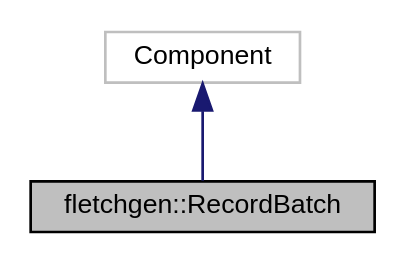
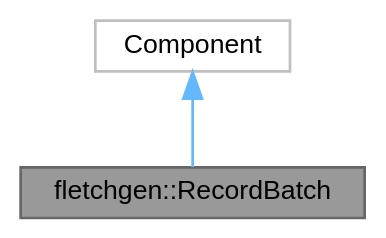
Before and after one commit to abs-tudelft/fletcher: the diagram in api/fletchgen/structfletchgen_1_1_record_batch__inherit__graph.dot, drawn with Graphviz. The commit also changed 621 other files, not shown here.

```diff
--- a/api/fletchgen/structfletchgen_1_1_record_batch__inherit__graph.dot
+++ b/api/fletchgen/structfletchgen_1_1_record_batch__inherit__graph.dot
@@ -1,9 +1,10 @@
 digraph "fletchgen::RecordBatch"
 {
  // LATEX_PDF_SIZE
-  edge [fontname="Helvetica",fontsize="10",labelfontname="Helvetica",labelfontsize="10"];
-  node [fontname="Helvetica",fontsize="10",shape=record];
-  Node1 [label="fletchgen::RecordBatch",height=0.2,width=0.4,color="black", fillcolor="grey75", style="filled", fontcolor="black",tooltip="A RecordBatch aggregating ArrayReaders/Writers."];
-  Node2 -> Node1 [dir="back",color="midnightblue",fontsize="10",style="solid",fontname="Helvetica"];
-  Node2 [label="Component",height=0.2,width=0.4,color="grey75", fillcolor="white", style="filled",tooltip=" "];
+  bgcolor="transparent";
+  edge [fontname=Helvetica,fontsize=10,labelfontname=Helvetica,labelfontsize=10];
+  node [fontname=Helvetica,fontsize=10,shape=box,height=0.2,width=0.4];
+  Node1 [id="Node000001",label="fletchgen::RecordBatch",height=0.2,width=0.4,color="gray40", fillcolor="grey60", style="filled", fontcolor="black",tooltip="A RecordBatch aggregating ArrayReaders/Writers."];
+  Node2 -> Node1 [id="edge1_Node000001_Node000002",dir="back",color="steelblue1",style="solid",tooltip=" "];
+  Node2 [id="Node000002",label="Component",height=0.2,width=0.4,color="grey75", fillcolor="white", style="filled",tooltip=" "];
 }
```
